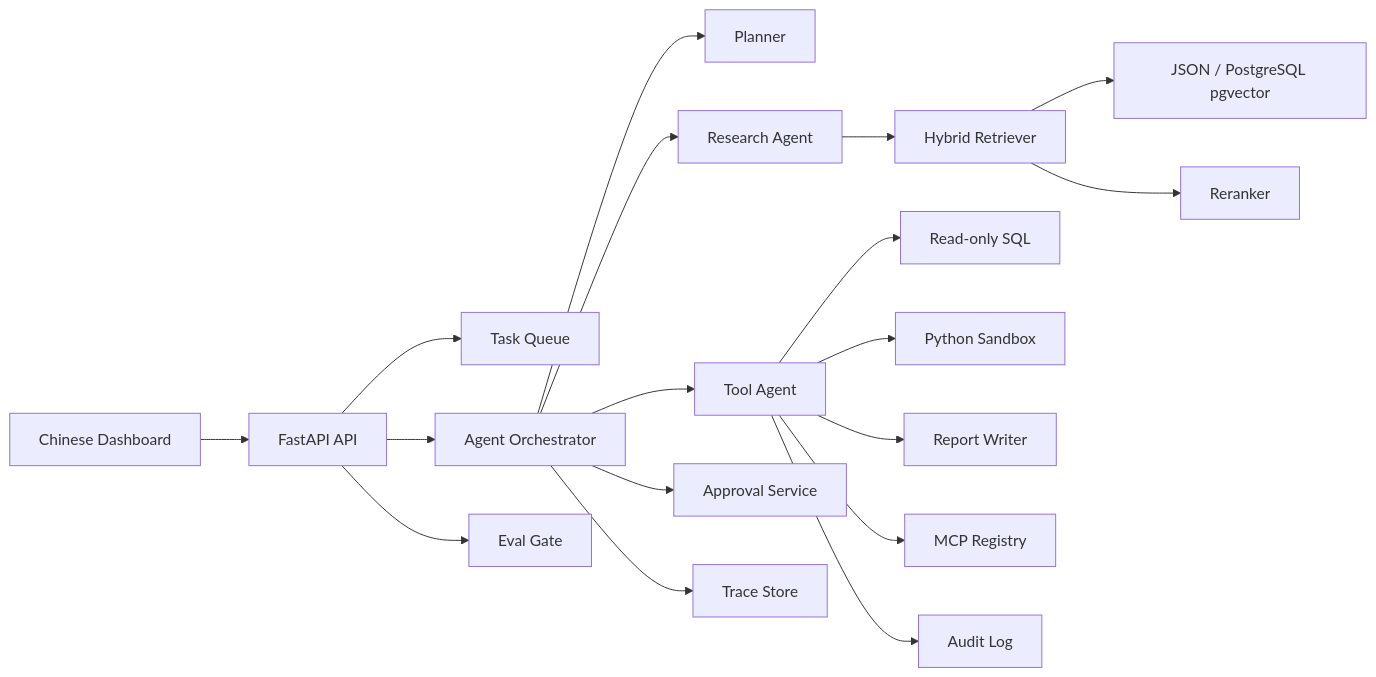
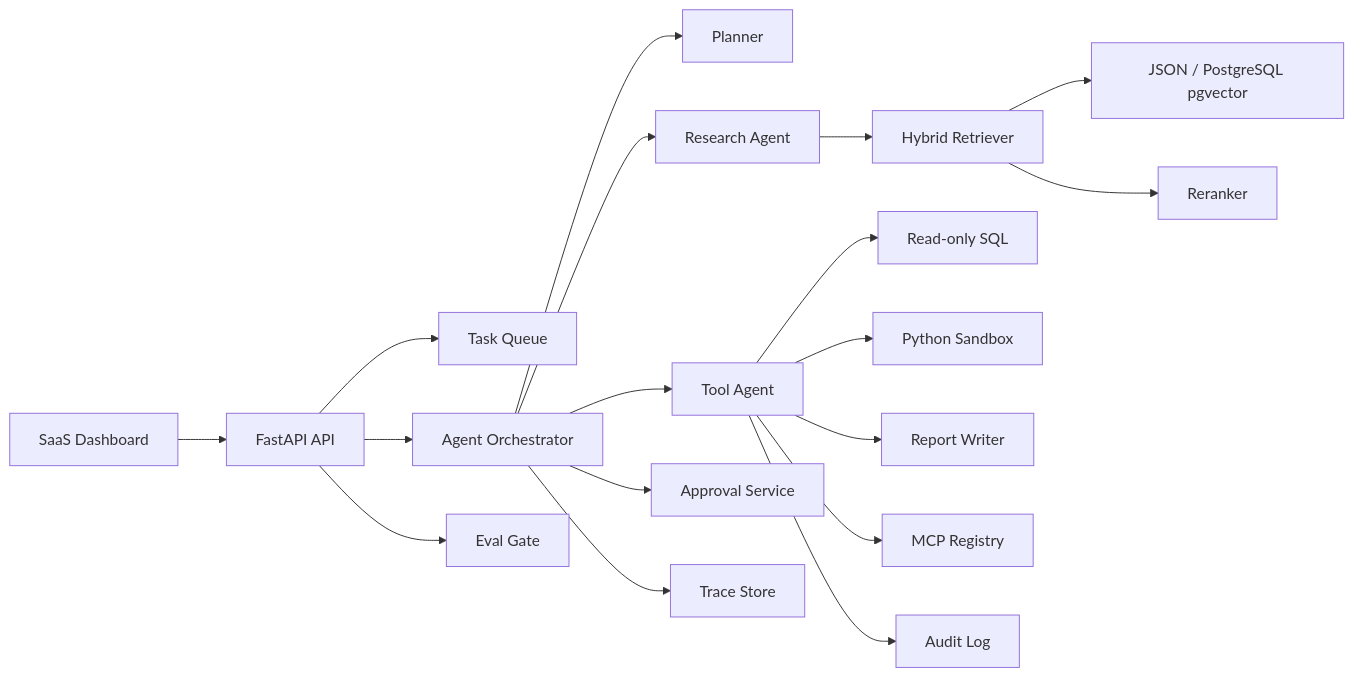
One commit to dafu110/researchops-agent changed the diagram in README.md. Above: the diagram before and after it, drawn with Mermaid. The commit also changed other lines of this file and 18 other files, not shown here.

````diff
--- a/README.md
+++ b/README.md
@@ -29,20 +29,20 @@
 ```mermaid
 flowchart LR
-  UI["Chinese Dashboard"] --> API["FastAPI API"]
+  UI["SaaS Dashboard"] --> API["FastAPI API"]
   API --> Tasks["Task Queue"]
   API --> Orchestrator["Agent Orchestrator"]
   Orchestrator --> Planner["Planner"]
   Orchestrator --> Research["Research Agent"]
   Orchestrator --> Tools["Tool Agent"]
   Orchestrator --> Approval["Approval Service"]
   Research --> Retriever["Hybrid Retriever"]
   Retriever --> Store["JSON / PostgreSQL pgvector"]
   Retriever --> Reranker["Reranker"]
   Tools --> SQL["Read-only SQL"]
   Tools --> Sandbox["Python Sandbox"]
   Tools --> Reports["Report Writer"]
   Tools --> MCP["MCP Registry"]
   Tools --> Audit["Audit Log"]
   Orchestrator --> Trace["Trace Store"]
   API --> Eval["Eval Gate"]
 ```
````
